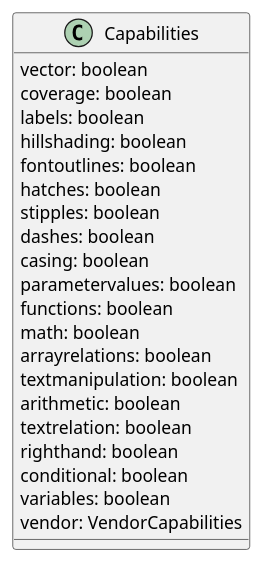
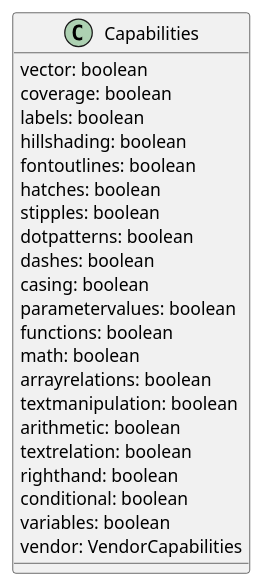
One commit to opengeospatial/cartographic-symbology changed the fourth of 6 diagrams in 1-core/sections/clause_7_core.adoc. Above: the diagram before and after it, drawn with PlantUML. The commit also changed other lines of this file and 1 other file, not shown here.

Commit message:
Add the dotpatterns capability and update conformanceClasses.adoc

```diff
--- a/1-core/sections/clause_7_core.adoc
+++ b/1-core/sections/clause_7_core.adoc
@@ -534,26 +534,27 @@
 [plantuml, target=diagram-classes, format=png]
 ....
 @startuml
 Class Capabilities
 Capabilities   : vector: boolean
 Capabilities   : coverage: boolean
 Capabilities   : labels: boolean
 Capabilities   : hillshading: boolean
 Capabilities   : fontoutlines: boolean
 Capabilities   : hatches: boolean
 Capabilities   : stipples: boolean
+Capabilities   : dotpatterns: boolean
 Capabilities   : dashes: boolean
 Capabilities   : casing: boolean
 Capabilities   : parametervalues: boolean
 Capabilities   : functions: boolean
 Capabilities   : math: boolean
 Capabilities   : arrayrelations: boolean
 Capabilities   : textmanipulation: boolean
 Capabilities   : arithmetic: boolean
 Capabilities   : textrelation: boolean
 Capabilities   : righthand: boolean
 Capabilities   : conditional: boolean
 Capabilities   : variables: boolean
 Capabilities   : vendor: VendorCapabilities
 @enduml
 ....
```
